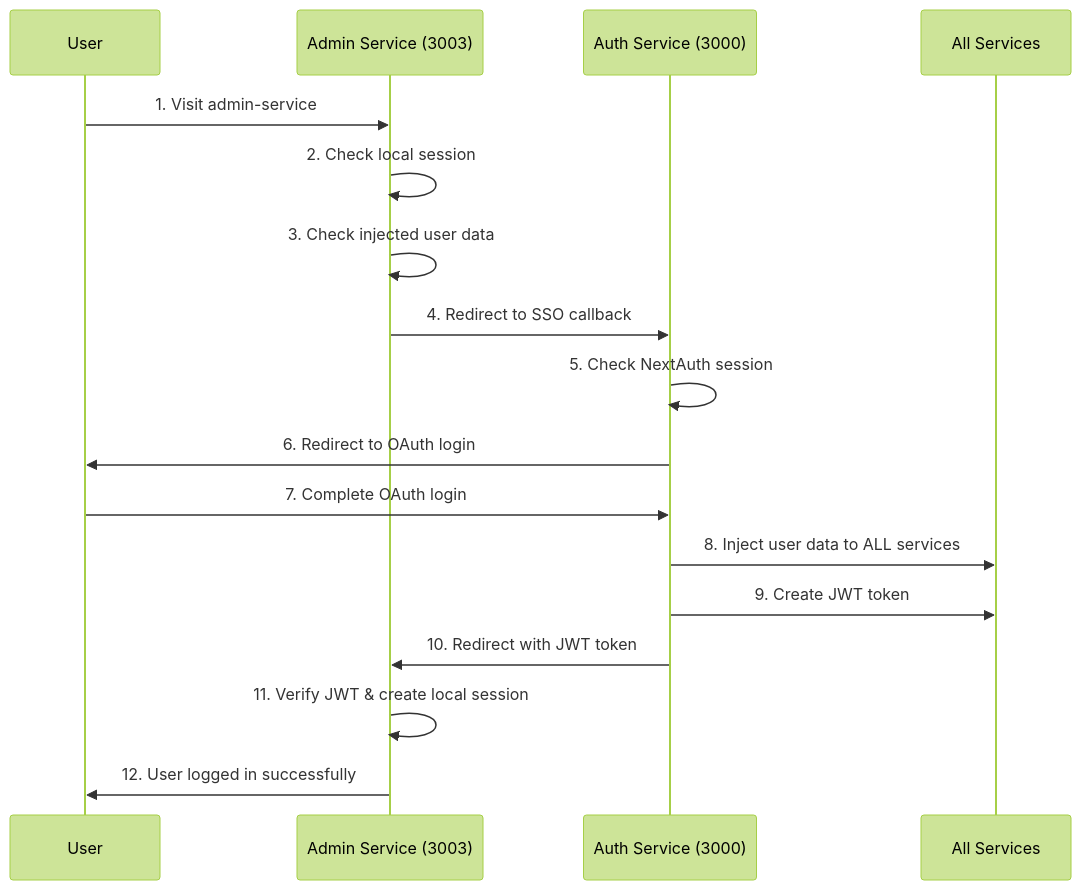
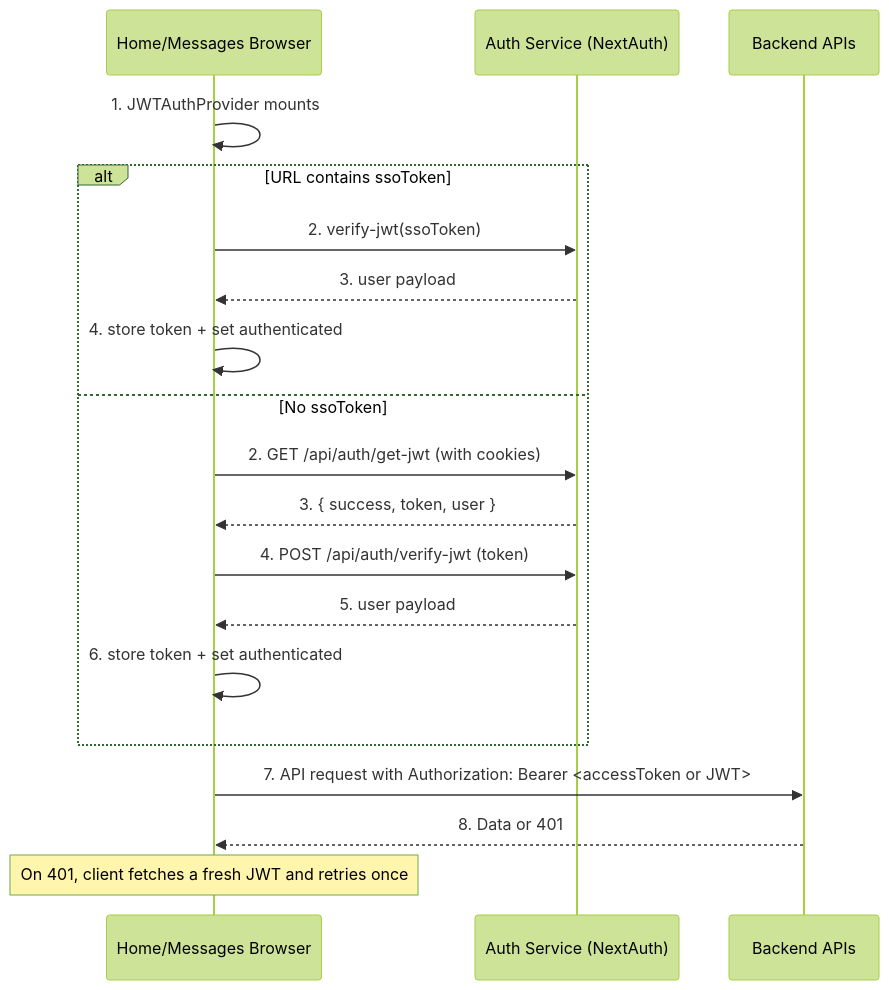
One commit to Cognizant-Summer-Practice-2025/Cognizant-Summer-Practice changed the first of 2 diagrams in documentation/AUTHENTICATION_FLOW_DOCUMENTATION.md. Above: the diagram before and after it, drawn with Mermaid (forest theme). The commit also changed other lines of this file and 18 other files, not shown here.

Commit message:
fixed sign out flow

````diff
--- a/documentation/AUTHENTICATION_FLOW_DOCUMENTATION.md
+++ b/documentation/AUTHENTICATION_FLOW_DOCUMENTATION.md
@@ -36,20 +16,22 @@
 ```mermaid
 sequenceDiagram
-    participant User
-    participant AdminService as Admin Service (3003)
-    participant AuthService as Auth Service (3000)
-    participant AllServices as All Services
+    participant Browser as Home/Messages Browser
+    participant Auth as Auth Service (NextAuth)
+    participant BE as Backend APIs
 
-    User->>AdminService: 1. Visit admin-service
-    AdminService->>AdminService: 2. Check local session
-    AdminService->>AdminService: 3. Check injected user data
-    AdminService->>AuthService: 4. Redirect to SSO callback
-    AuthService->>AuthService: 5. Check NextAuth session
-    AuthService->>User: 6. Redirect to OAuth login
-    User->>AuthService: 7. Complete OAuth login
-    AuthService->>AllServices: 8. Inject user data to ALL services
-    AuthService->>AllServices: 9. Create JWT token
-    AuthService->>AdminService: 10. Redirect with JWT token
-    AdminService->>AdminService: 11. Verify JWT & create local session
-    AdminService->>User: 12. User logged in successfully
+    Browser->>Browser: 1. JWTAuthProvider mounts
+    alt URL contains ssoToken
+      Browser->>Auth: 2. verify-jwt(ssoToken)
+      Auth-->>Browser: 3. user payload
+      Browser->>Browser: 4. store token + set authenticated
+    else No ssoToken
+      Browser->>Auth: 2. GET /api/auth/get-jwt (with cookies)
+      Auth-->>Browser: 3. { success, token, user }
+      Browser->>Auth: 4. POST /api/auth/verify-jwt (token)
+      Auth-->>Browser: 5. user payload
+      Browser->>Browser: 6. store token + set authenticated
+    end
+    Browser->>BE: 7. API request with Authorization: Bearer <accessToken or JWT>
+    BE-->>Browser: 8. Data or 401
+    Note over Browser: On 401, client fetches a fresh JWT and retries once
 ```
````
